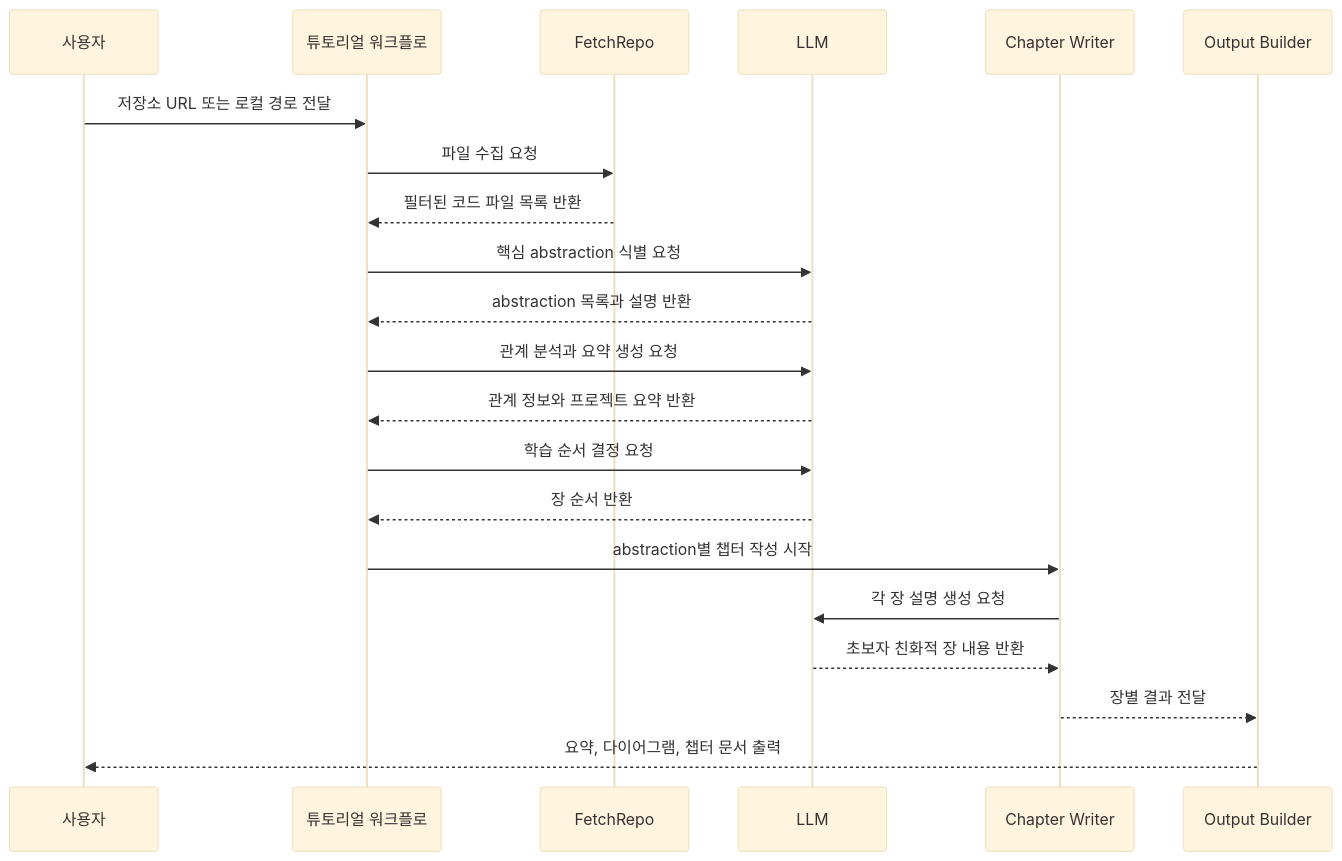
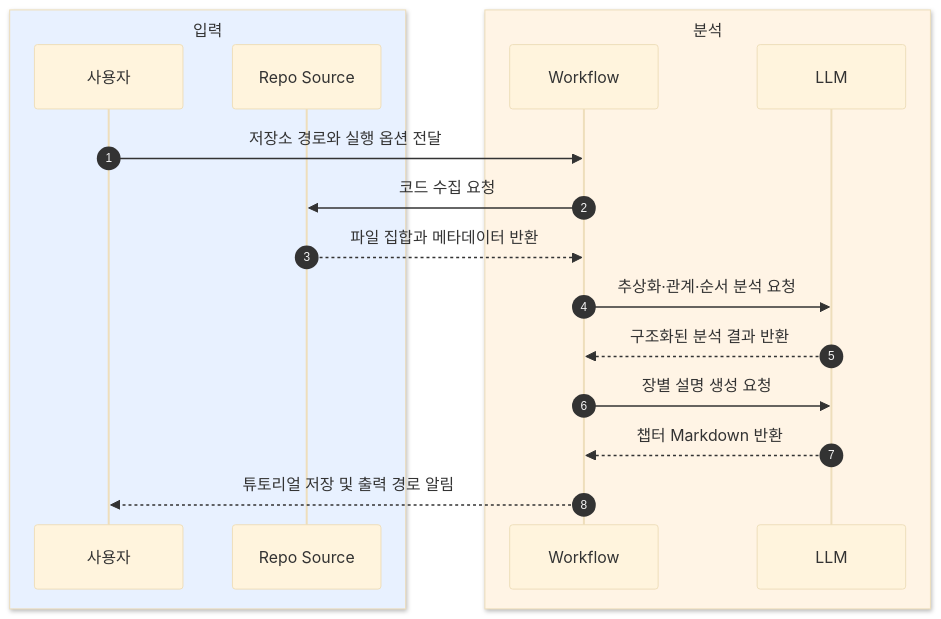
One commit to seihwanMoon/skillrnd changed the second of 2 diagrams in docs/githubstudy/generated/the-pocket-pocketflow-tutorial-codebase-knowledge/index.md. Above: the diagram before and after it, drawn with Mermaid (base theme). The commit also changed other lines of this file and 7 other files, not shown here.

````diff
--- a/docs/githubstudy/generated/the-pocket-pocketflow-tutorial-codebase-knowledge/index.md
+++ b/docs/githubstudy/generated/the-pocket-pocketflow-tutorial-codebase-knowledge/index.md
@@ -84,24 +108,21 @@
 ```mermaid
 sequenceDiagram
-    participant U as 사용자
-    participant W as 튜토리얼 워크플로
-    participant C as FetchRepo
-    participant L as LLM
-    participant B as Chapter Writer
-    participant O as Output Builder
+    autonumber
+    box rgb(232,241,255) 입력
+        participant U as 사용자
+        participant S as Repo Source
+    end
+    box rgb(255,244,229) 분석
+        participant W as Workflow
+        participant L as LLM
+    end
 
-    U->>W: 저장소 URL 또는 로컬 경로 전달
-    W->>C: 파일 수집 요청
-    C-->>W: 필터된 코드 파일 목록 반환
-    W->>L: 핵심 abstraction 식별 요청
-    L-->>W: abstraction 목록과 설명 반환
-    W->>L: 관계 분석과 요약 생성 요청
-    L-->>W: 관계 정보와 프로젝트 요약 반환
-    W->>L: 학습 순서 결정 요청
-    L-->>W: 장 순서 반환
-    W->>B: abstraction별 챕터 작성 시작
-    B->>L: 각 장 설명 생성 요청
-    L-->>B: 초보자 친화적 장 내용 반환
-    B-->>O: 장별 결과 전달
-    O-->>U: 요약, 다이어그램, 챕터 문서 출력
+    U->>W: 저장소 경로와 실행 옵션 전달
+    W->>S: 코드 수집 요청
+    S-->>W: 파일 집합과 메타데이터 반환
+    W->>L: 추상화·관계·순서 분석 요청
+    L-->>W: 구조화된 분석 결과 반환
+    W->>L: 장별 설명 생성 요청
+    L-->>W: 챕터 Markdown 반환
+    W-->>U: 튜토리얼 저장 및 출력 경로 알림
 ```
````
